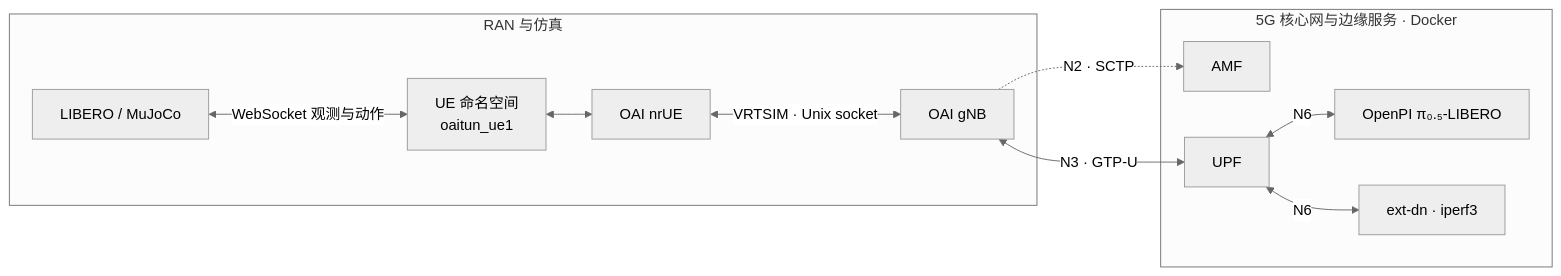
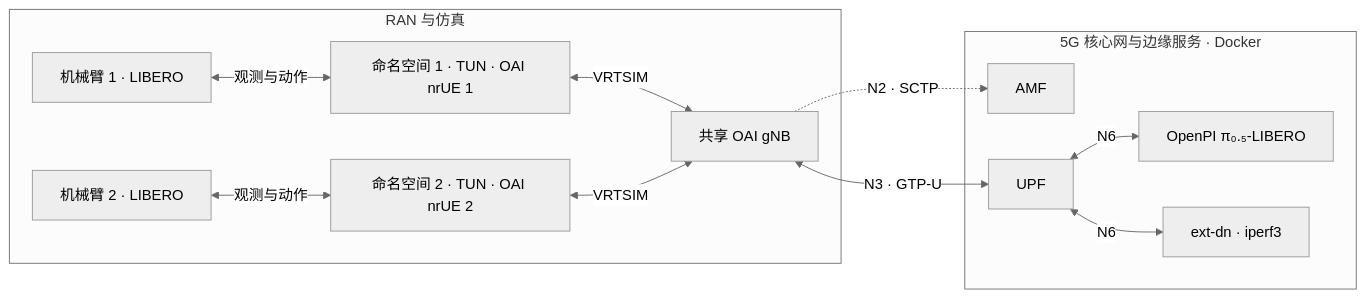
One commit to lidabing1999/wireless-vla-testbed changed the diagram in README.md. Above: the diagram before and after it, drawn with Mermaid (neutral theme). The commit also changed other lines of this file and 14 other files, not shown here.

Commit message:
Run independent real-time LIBERO arms over multiple OAI UEs

````diff
--- a/README.md
+++ b/README.md
@@ -27,15 +27,16 @@
 ```mermaid
 flowchart LR
     subgraph RADIO["RAN 与仿真"]
-        SIM["LIBERO / MuJoCo"] <-->|WebSocket 观测与动作| TUN["UE 命名空间<br/>oaitun_ue1"]
-        TUN <--> UE["OAI nrUE"]
-        UE <-->|VRTSIM · Unix socket| GNB["OAI gNB"]
+        SIM1["机械臂 1 · LIBERO"] <-->|观测与动作| UE1["命名空间 1 · TUN · OAI nrUE 1"]
+        SIM2["机械臂 2 · LIBERO"] <-->|观测与动作| UE2["命名空间 2 · TUN · OAI nrUE 2"]
+        UE1 <-->|VRTSIM| GNB["共享 OAI gNB"]
+        UE2 <-->|VRTSIM| GNB
     end
     subgraph DATA["5G 核心网与边缘服务 · Docker"]
         AMF["AMF"]
         UPF["UPF"] <-->|N6| POLICY["OpenPI π₀.₅-LIBERO"]
         UPF <-->|N6| DN["ext-dn · iperf3"]
     end
     GNB -.->|N2 · SCTP| AMF
     GNB <-->|N3 · GTP-U| UPF
 ```
````
